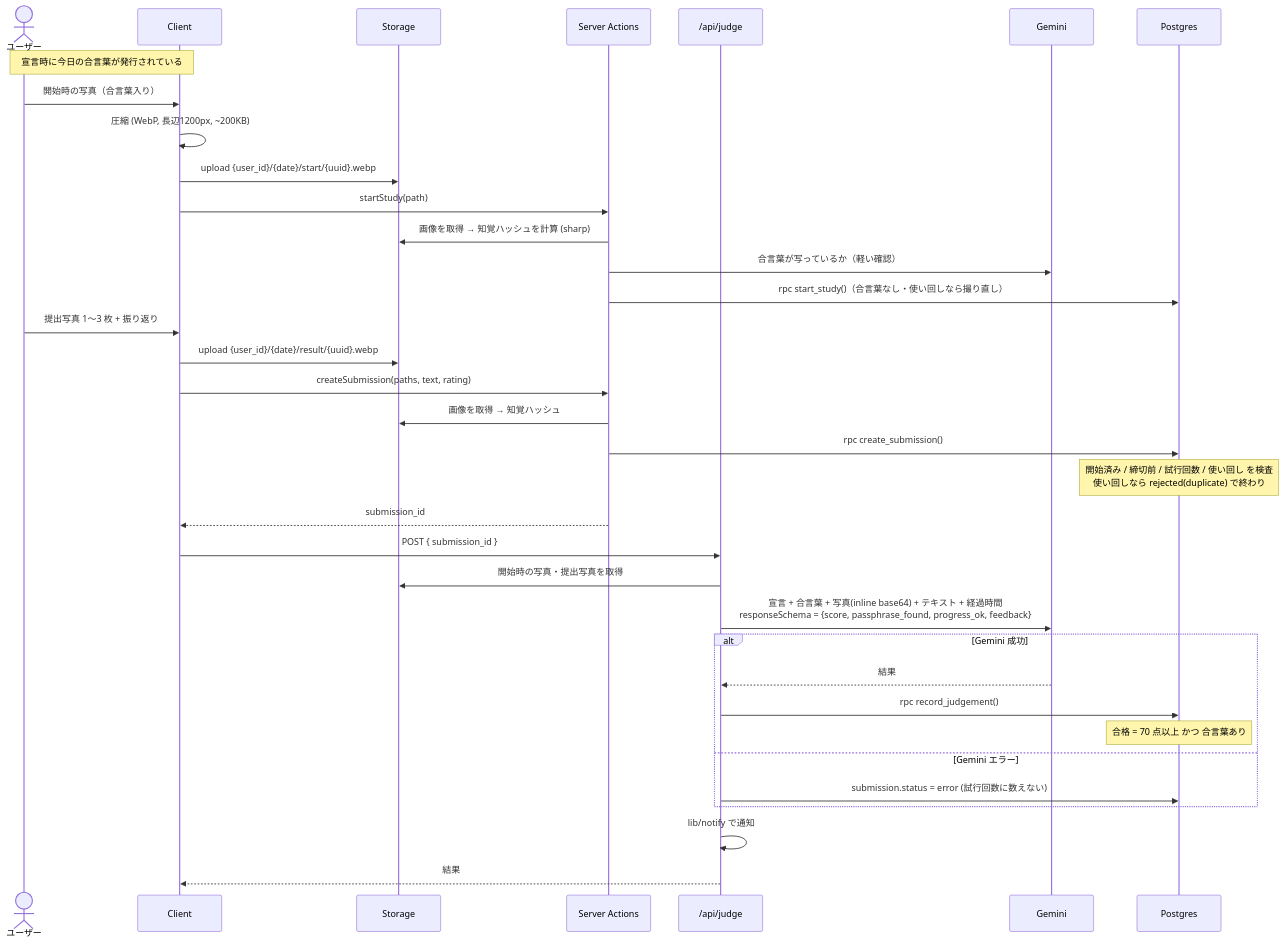
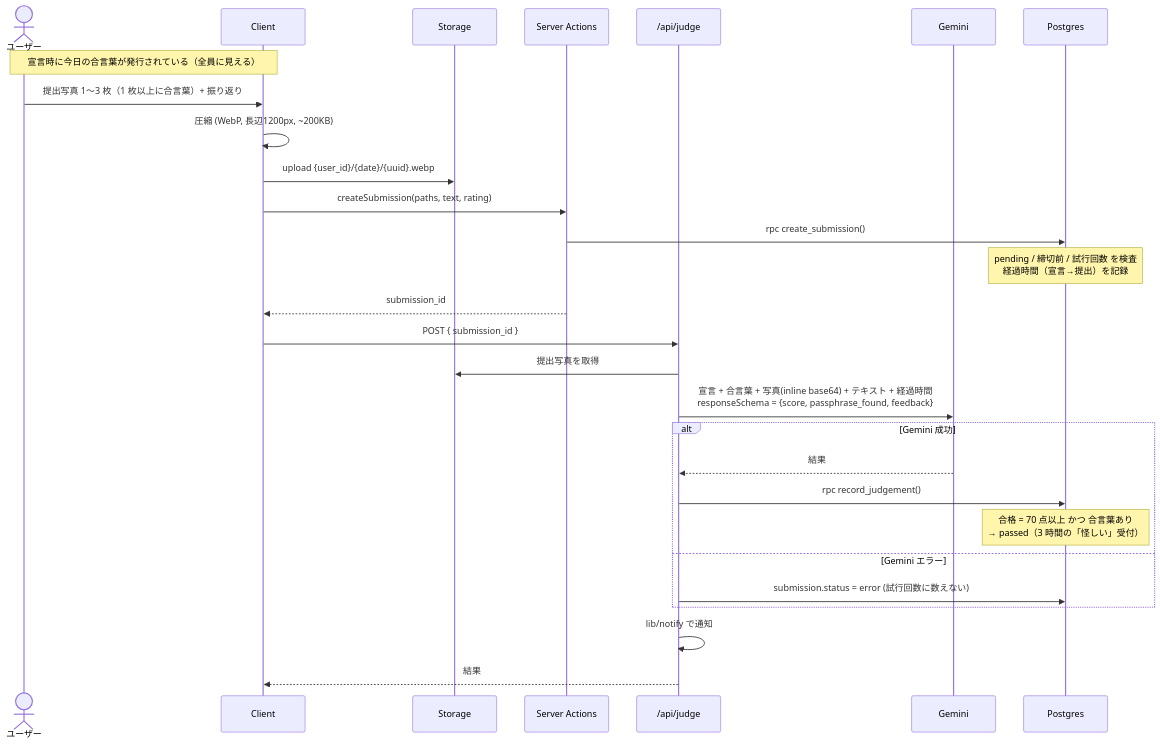
The third of 6 diagrams in docs/architecture.md (ashilal1/force-study-app), drawn with Mermaid before and after one commit. The commit also changed other lines of this file and 6 other files, not shown here.

````diff
--- a/docs/architecture.md
+++ b/docs/architecture.md
@@ -75,37 +75,30 @@
 ```mermaid
 sequenceDiagram
     actor U as ユーザー
     participant C as Client
     participant ST as Storage
     participant SA as Server Actions
     participant J as /api/judge
     participant G as Gemini
     participant DB as Postgres
-    Note over U,C: 宣言時に今日の合言葉が発行されている
-    U->>C: 開始時の写真（合言葉入り）
+    Note over U,C: 宣言時に今日の合言葉が発行されている（全員に見える）
+    U->>C: 提出写真 1〜3 枚（1 枚以上に合言葉）+ 振り返り
     C->>C: 圧縮 (WebP, 長辺1200px, ~200KB)
-    C->>ST: upload {user_id}/{date}/start/{uuid}.webp
-    C->>SA: startStudy(path)
-    SA->>ST: 画像を取得 → 知覚ハッシュを計算 (sharp)
-    SA->>G: 合言葉が写っているか（軽い確認）
-    SA->>DB: rpc start_study()（合言葉なし・使い回しなら撮り直し）
-    U->>C: 提出写真 1〜3 枚 + 振り返り
-    C->>ST: upload {user_id}/{date}/result/{uuid}.webp
+    C->>ST: upload {user_id}/{date}/{uuid}.webp
     C->>SA: createSubmission(paths, text, rating)
-    SA->>ST: 画像を取得 → 知覚ハッシュ
     SA->>DB: rpc create_submission()
-    Note over DB: 開始済み / 締切前 / 試行回数 / 使い回し を検査<br/>使い回しなら rejected(duplicate) で終わり
+    Note over DB: pending / 締切前 / 試行回数 を検査<br/>経過時間（宣言→提出）を記録
     SA-->>C: submission_id
     C->>J: POST { submission_id }
-    J->>ST: 開始時の写真・提出写真を取得
-    J->>G: 宣言 + 合言葉 + 写真(inline base64) + テキスト + 経過時間<br/>responseSchema = {score, passphrase_found, progress_ok, feedback}
+    J->>ST: 提出写真を取得
+    J->>G: 宣言 + 合言葉 + 写真(inline base64) + テキスト + 経過時間<br/>responseSchema = {score, passphrase_found, feedback}
     alt Gemini 成功
         G-->>J: 結果
         J->>DB: rpc record_judgement()
-        Note over DB: 合格 = 70 点以上 かつ 合言葉あり
+        Note over DB: 合格 = 70 点以上 かつ 合言葉あり<br/>→ passed（3 時間の「怪しい」受付）
     else Gemini エラー
         J->>DB: submission.status = error (試行回数に数えない)
     end
     J->>J: lib/notify で通知
     J-->>C: 結果
 ```
````
